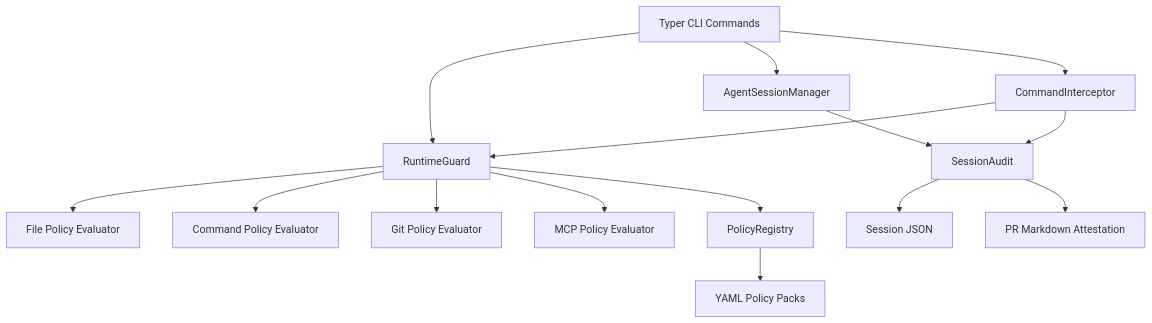
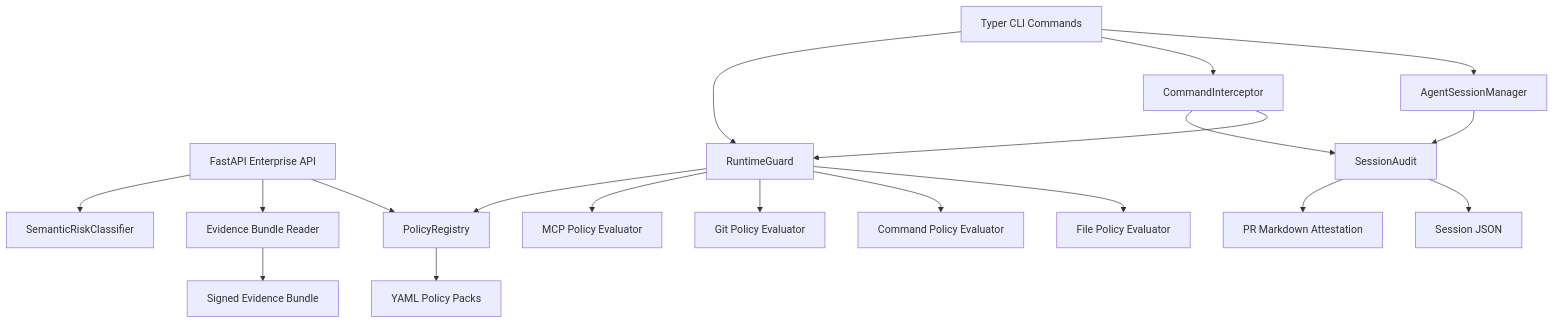
The third of 4 diagrams in docs/c4-model.md (Huzefaaa2/terraguard-agentshield), drawn with Mermaid before and after one commit. The commit also changed other lines of this file and 17 other files, not shown here.

Commit message:
Add enterprise policy inspection API

````diff
--- a/docs/c4-model.md
+++ b/docs/c4-model.md
@@ -55,17 +61,21 @@
 ```mermaid
 flowchart TB
     CLI[Typer CLI Commands] --> Session[AgentSessionManager]
+    API[FastAPI Enterprise API] --> Registry
+    API --> Evidence[Evidence Bundle Reader]
+    API --> Risk[SemanticRiskClassifier]
     CLI --> Interceptor[CommandInterceptor]
     CLI --> Guard[RuntimeGuard]
     Session --> Audit[SessionAudit]
     Interceptor --> Guard
     Interceptor --> Audit
     Guard --> File[File Policy Evaluator]
     Guard --> Command[Command Policy Evaluator]
     Guard --> Git[Git Policy Evaluator]
     Guard --> MCP[MCP Policy Evaluator]
     Guard --> Registry[PolicyRegistry]
     Registry --> Packs[YAML Policy Packs]
     Audit --> JSON[Session JSON]
     Audit --> Markdown[PR Markdown Attestation]
+    Evidence --> Bundle[Signed Evidence Bundle]
 ```
````
